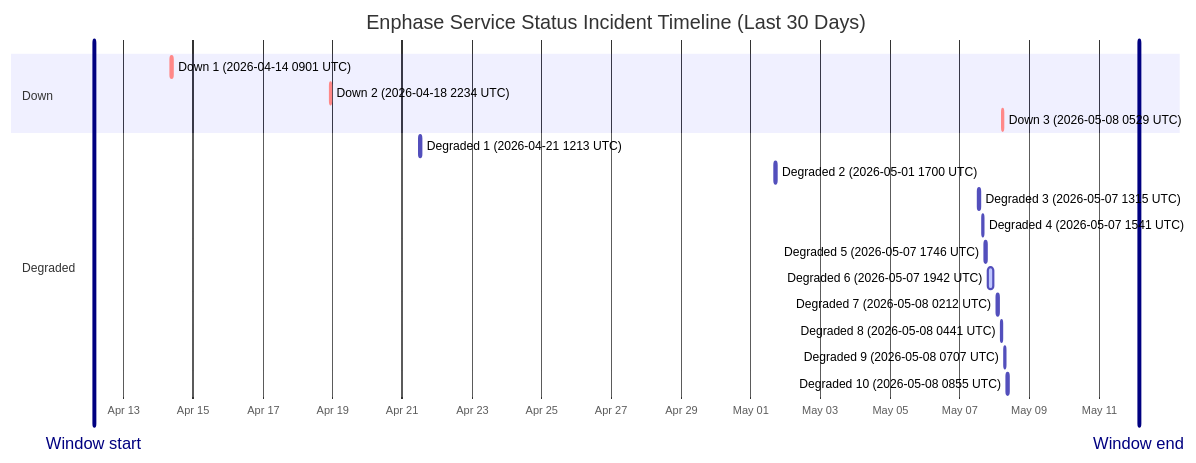
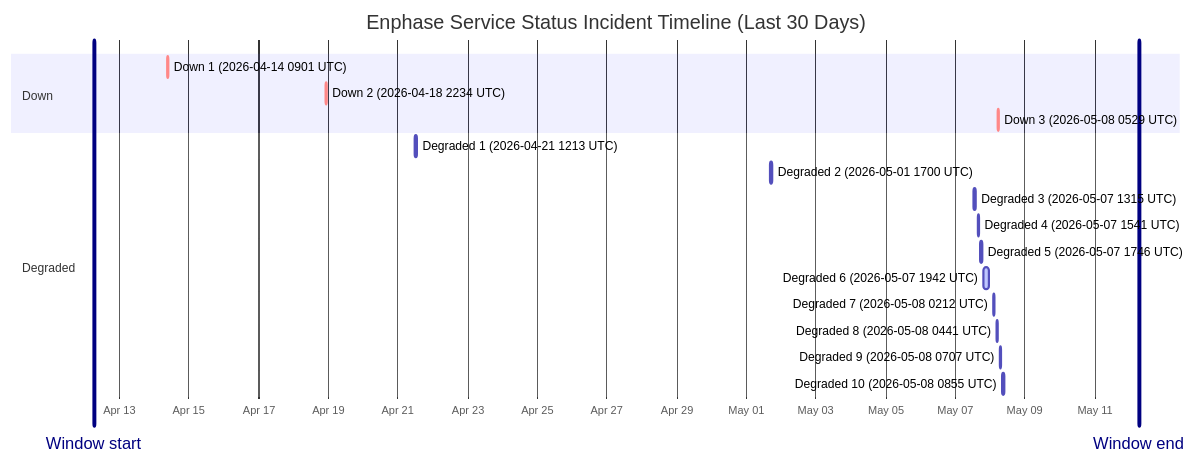
The diagram in wiki/Service-Status-History.md (barneyonline/ha-enphase-ev-charger), drawn with Mermaid before and after one commit. The commit also changed other lines of this file and 3 other files, not shown here.

````diff
--- a/wiki/Service-Status-History.md
+++ b/wiki/Service-Status-History.md
@@ -14,23 +14,23 @@
 ```mermaid
 gantt
     title Enphase Service Status Incident Timeline (Last 30 Days)
     dateFormat  YYYY-MM-DDTHH:mm:ss
     axisFormat  %b %d
-    Window start :vert, window-start, 2026-04-12T03:38:21, 0ms
-    Window end :vert, window-end, 2026-05-12T03:38:21, 0ms
+    Window start :vert, window-start, 2026-04-12T06:36:00, 0ms
+    Window end :vert, window-end, 2026-05-12T06:36:00, 0ms
     section Down
     Down 1 (2026-04-14 0901 UTC) :crit, down-1, 2026-04-14T09:01:13, 60m
     Down 2 (2026-04-18 2234 UTC) :crit, down-2, 2026-04-18T22:34:13, 60m
     Down 3 (2026-05-08 0529 UTC) :crit, down-3, 2026-05-08T05:29:47, 60m
     section Degraded
     Degraded 1 (2026-04-21 1213 UTC) :active, degraded-1, 2026-04-21T12:13:11, 60m
     Degraded 2 (2026-05-01 1700 UTC) :active, degraded-2, 2026-05-01T17:00:22, 60m
     Degraded 3 (2026-05-07 1315 UTC) :active, degraded-3, 2026-05-07T13:15:25, 60m
     Degraded 4 (2026-05-07 1541 UTC) :active, degraded-4, 2026-05-07T15:41:58, 60m
     Degraded 5 (2026-05-07 1746 UTC) :active, degraded-5, 2026-05-07T17:46:51, 60m
     Degraded 6 (2026-05-07 1942 UTC) :active, degraded-6, 2026-05-07T19:42:10, 249m
     Degraded 7 (2026-05-08 0212 UTC) :active, degraded-7, 2026-05-08T02:12:39, 60m
     Degraded 8 (2026-05-08 0441 UTC) :active, degraded-8, 2026-05-08T04:41:46, 60m
     Degraded 9 (2026-05-08 0707 UTC) :active, degraded-9, 2026-05-08T07:07:30, 60m
     Degraded 10 (2026-05-08 0855 UTC) :active, degraded-10, 2026-05-08T08:55:20, 88m
 ```
````
